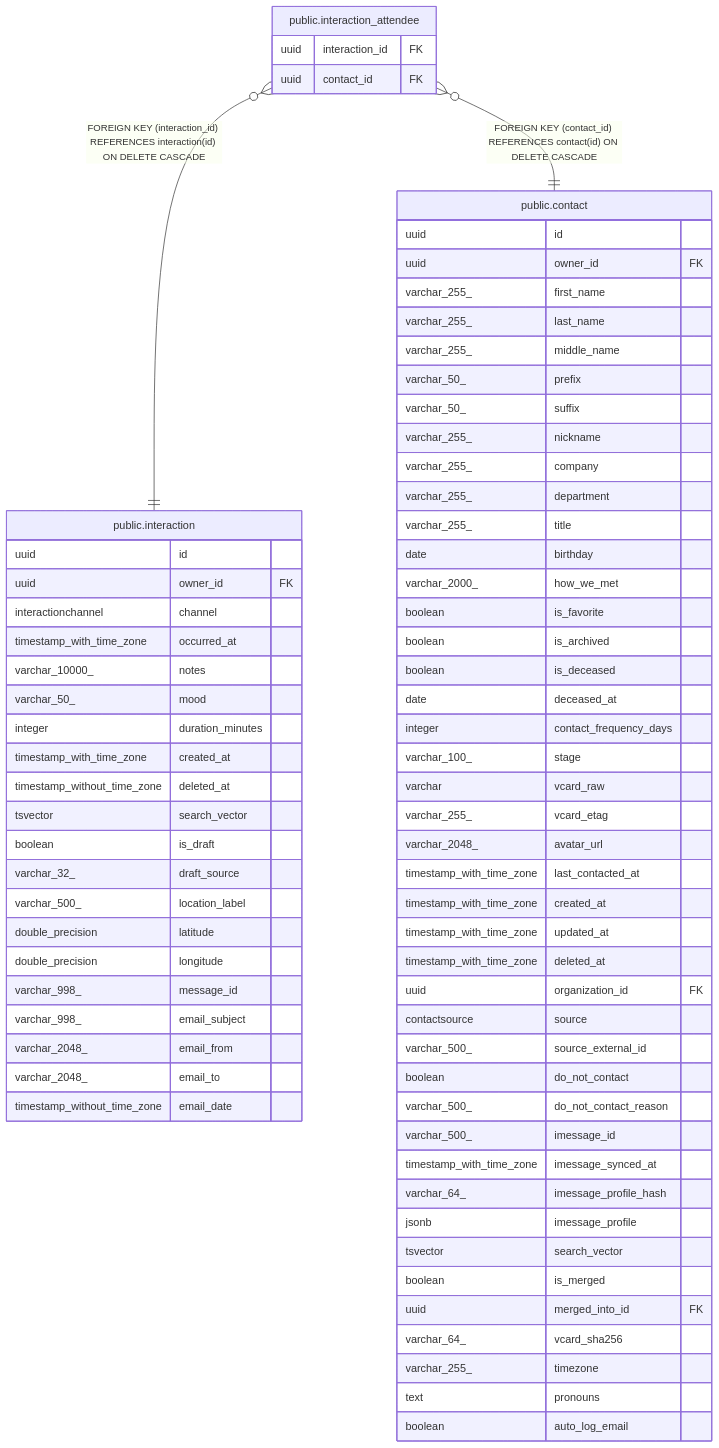
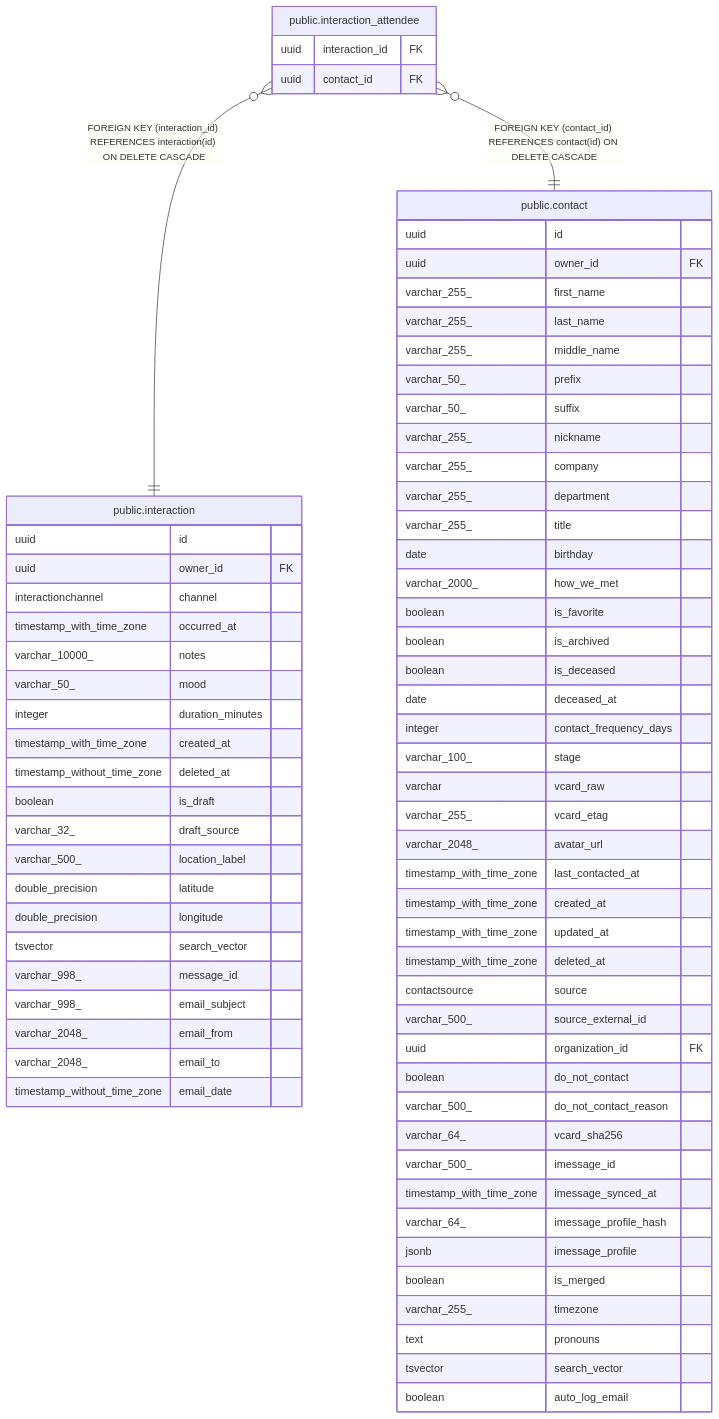
The diagram in docs/db/public.interaction_attendee.md (pike00/Kindred), drawn with Mermaid before and after one commit. The commit also changed 51 other files, not shown here.

````diff
--- a/docs/db/public.interaction_attendee.md
+++ b/docs/db/public.interaction_attendee.md
@@ -33,77 +33,76 @@
 ```mermaid
 erDiagram
 
 "public.interaction_attendee" }o--|| "public.interaction" : "FOREIGN KEY (interaction_id) REFERENCES interaction(id) ON DELETE CASCADE"
 "public.interaction_attendee" }o--|| "public.contact" : "FOREIGN KEY (contact_id) REFERENCES contact(id) ON DELETE CASCADE"
 
 "public.interaction_attendee" {
   uuid interaction_id FK
   uuid contact_id FK
 }
 "public.interaction" {
   uuid id
   uuid owner_id FK
   interactionchannel channel
   timestamp_with_time_zone occurred_at
   varchar_10000_ notes
   varchar_50_ mood
   integer duration_minutes
   timestamp_with_time_zone created_at
   timestamp_without_time_zone deleted_at
-  tsvector search_vector
   boolean is_draft
   varchar_32_ draft_source
   varchar_500_ location_label
   double_precision latitude
   double_precision longitude
+  tsvector search_vector
   varchar_998_ message_id
   varchar_998_ email_subject
   varchar_2048_ email_from
   varchar_2048_ email_to
   timestamp_without_time_zone email_date
 }
 "public.contact" {
   uuid id
   uuid owner_id FK
   varchar_255_ first_name
   varchar_255_ last_name
   varchar_255_ middle_name
   varchar_50_ prefix
   varchar_50_ suffix
   varchar_255_ nickname
   varchar_255_ company
   varchar_255_ department
   varchar_255_ title
   date birthday
   varchar_2000_ how_we_met
   boolean is_favorite
   boolean is_archived
   boolean is_deceased
   date deceased_at
   integer contact_frequency_days
   varchar_100_ stage
   varchar vcard_raw
   varchar_255_ vcard_etag
   varchar_2048_ avatar_url
   timestamp_with_time_zone last_contacted_at
   timestamp_with_time_zone created_at
   timestamp_with_time_zone updated_at
   timestamp_with_time_zone deleted_at
-  uuid organization_id FK
   contactsource source
   varchar_500_ source_external_id
+  uuid organization_id FK
   boolean do_not_contact
   varchar_500_ do_not_contact_reason
+  varchar_64_ vcard_sha256
   varchar_500_ imessage_id
   timestamp_with_time_zone imessage_synced_at
   varchar_64_ imessage_profile_hash
   jsonb imessage_profile
-  tsvector search_vector
   boolean is_merged
-  uuid merged_into_id FK
-  varchar_64_ vcard_sha256
   varchar_255_ timezone
   text pronouns
+  tsvector search_vector
   boolean auto_log_email
 }
 ```
````
